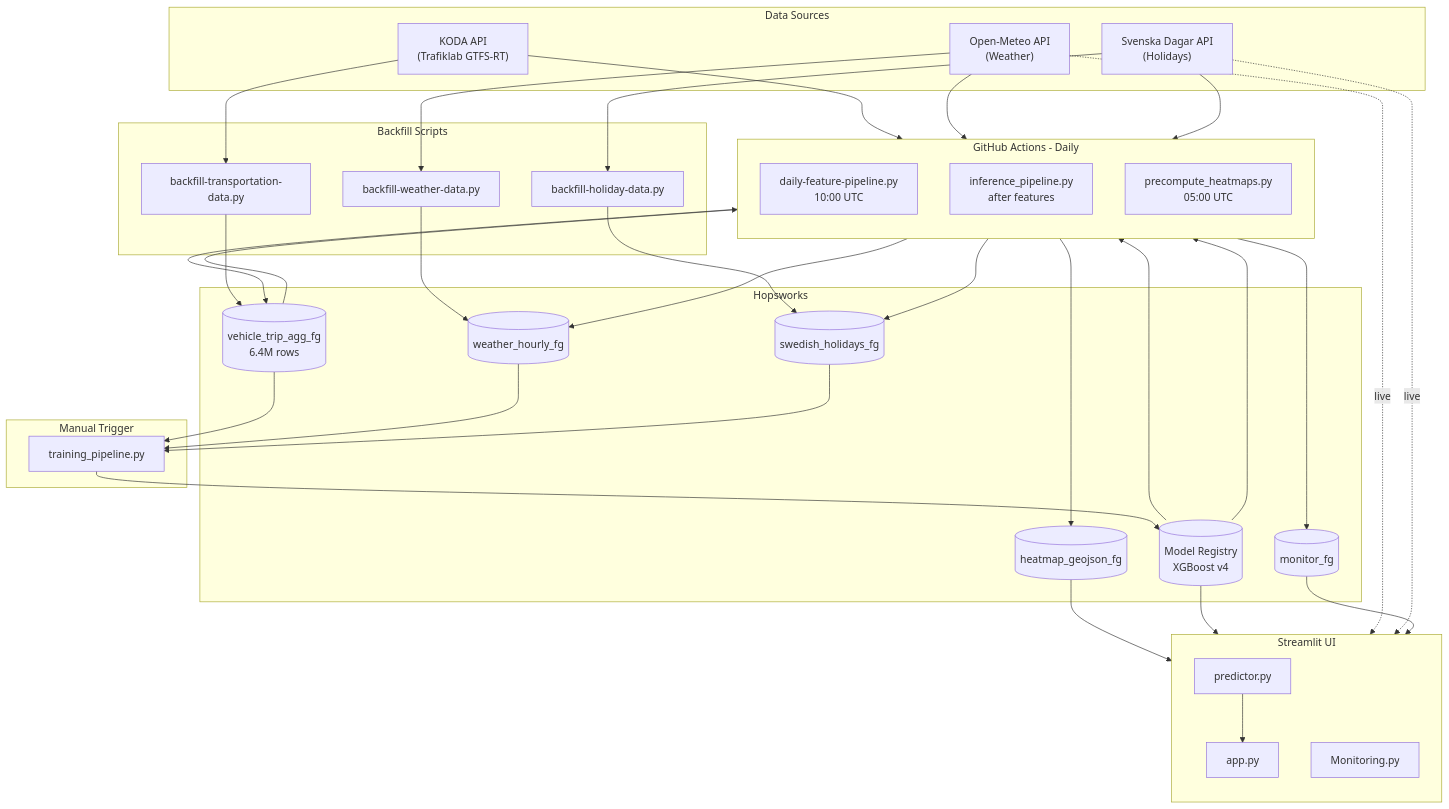
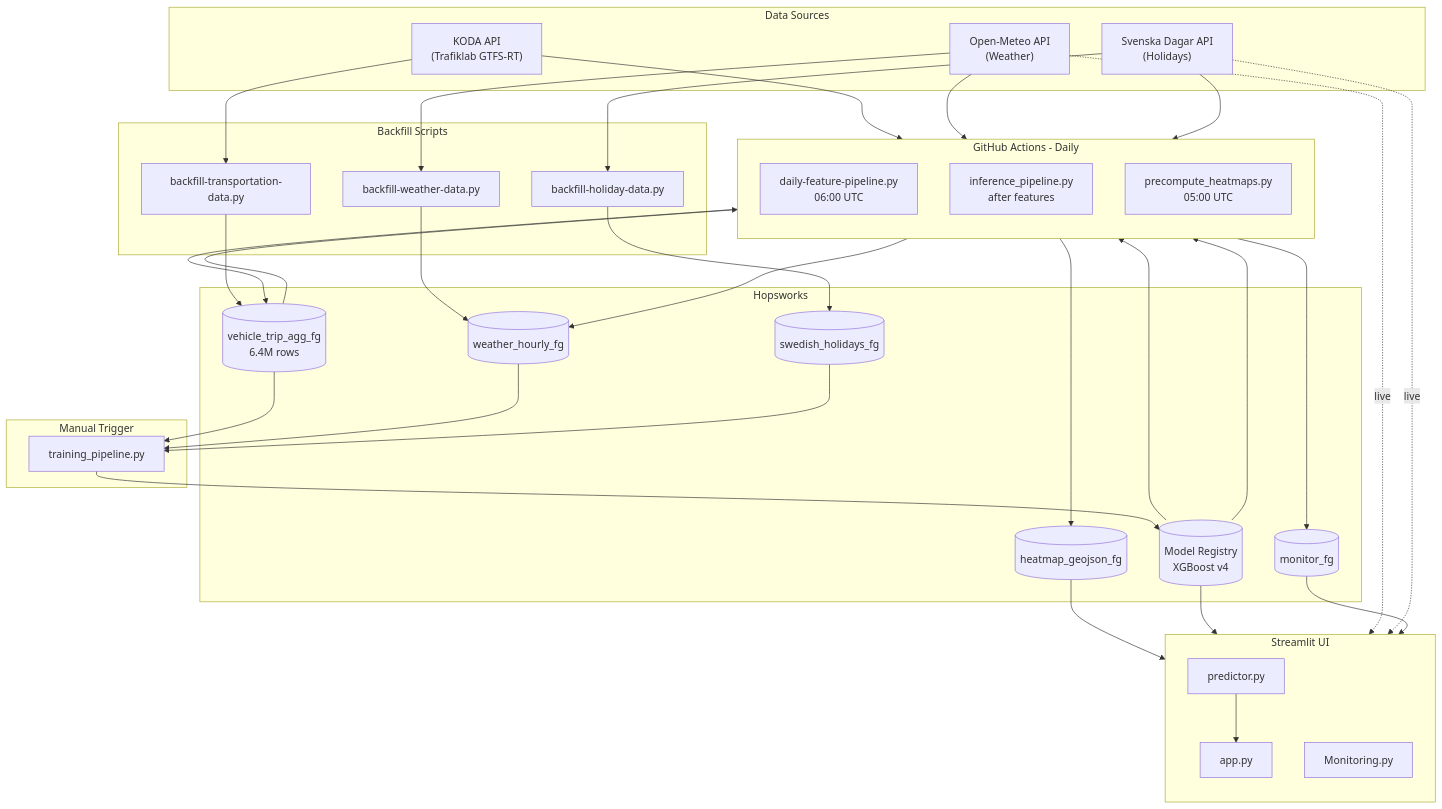
The diagram in README.md (Kajlid/HappySardines), drawn with Mermaid before and after one commit. The commit also changed other lines of this file, not shown here.

Commit message:
fix(docs): correct architecture diagram times and data flows
- Feature pipeline runs at 06:00 UTC, not 10:00 UTC
- Daily pipeline does not write to swedish_holidays_fg (backfill only)

````diff
--- a/README.md
+++ b/README.md
@@ -51,82 +51,81 @@
 ```mermaid
 flowchart TB
     subgraph Sources ["Data Sources"]
         KODA["KODA API<br/>(Trafiklab GTFS-RT)"]
         WEATHER["Open-Meteo API<br/>(Weather)"]
         HOLIDAYS["Svenska Dagar API<br/>(Holidays)"]
     end
 
     subgraph Backfill ["Backfill Scripts"]
         BF_TRANS["backfill-transportation-data.py"]
         BF_WEATHER["backfill-weather-data.py"]
         BF_HOLIDAY["backfill-holiday-data.py"]
     end
 
     subgraph Daily ["GitHub Actions - Daily"]
         direction TB
-        FEAT["daily-feature-pipeline.py<br/>10:00 UTC"]
+        FEAT["daily-feature-pipeline.py<br/>06:00 UTC"]
         INF["inference_pipeline.py<br/>after features"]
         HEAT["precompute_heatmaps.py<br/>05:00 UTC"]
     end
 
     subgraph Training ["Manual Trigger"]
         TRAIN["training_pipeline.py"]
     end
 
     subgraph Hopsworks ["Hopsworks"]
         FG_VEHICLE[("vehicle_trip_agg_fg<br/>6.4M rows")]
         FG_WEATHER[("weather_hourly_fg")]
         FG_HOLIDAY[("swedish_holidays_fg")]
         FG_HEAT[("heatmap_geojson_fg")]
         FG_MONITOR[("monitor_fg")]
         MR[("Model Registry<br/>XGBoost v4")]
     end
 
     subgraph UI ["Streamlit UI"]
         direction TB
         APP["app.py"]
         PRED["predictor.py"]
         MON["Monitoring.py"]
     end
 
     %% Data source connections
     KODA --> BF_TRANS
     KODA --> FEAT
     WEATHER --> BF_WEATHER
     WEATHER --> FEAT
     HOLIDAYS --> BF_HOLIDAY
     HOLIDAYS --> FEAT
 
     %% Backfill to Hopsworks
     BF_TRANS --> FG_VEHICLE
     BF_WEATHER --> FG_WEATHER
     BF_HOLIDAY --> FG_HOLIDAY
 
     %% Daily pipeline flows
     FEAT --> FG_VEHICLE
     FEAT --> FG_WEATHER
-    FEAT --> FG_HOLIDAY
 
     %% Training flow
     FG_VEHICLE --> TRAIN
     FG_WEATHER --> TRAIN
     FG_HOLIDAY --> TRAIN
     TRAIN --> MR
 
     %% Heatmap flow (batch predictions)
     MR --> HEAT
     HEAT --> FG_HEAT
 
     %% Inference/monitoring flow
     MR --> INF
     FG_VEHICLE --> INF
     INF --> FG_MONITOR
 
     %% UI flows
     FG_HEAT --> APP
     MR --> PRED
     WEATHER -.->|"live"| PRED
     HOLIDAYS -.->|"live"| PRED
     PRED --> APP
     FG_MONITOR --> MON
 ```
````
